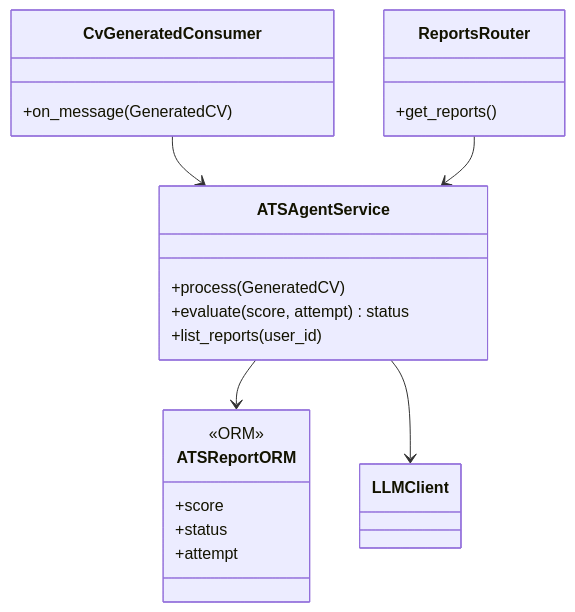
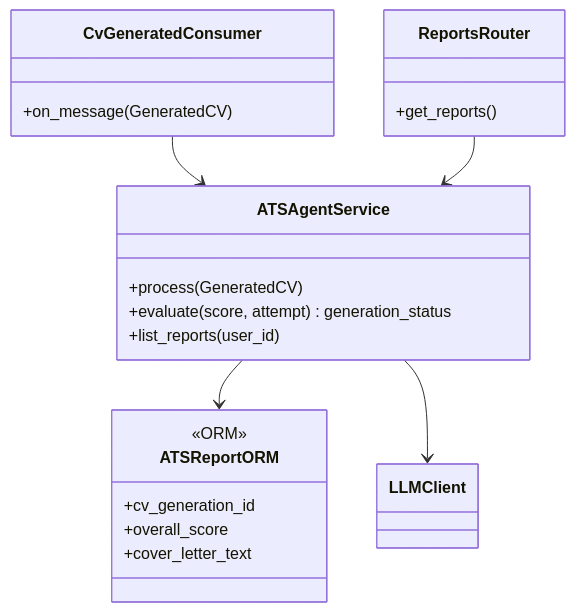
The seventh of 9 diagrams in docs/CLASS_DIAGRAM.md (Tooltu-deve/Autonomous-Career-Agent), drawn with Mermaid before and after one commit. The commit also changed other lines of this file and 3 other files, not shown here.

First line of the commit message:
feat(db): reconcile schema with CV editor/PDF spec

````diff
--- a/docs/CLASS_DIAGRAM.md
+++ b/docs/CLASS_DIAGRAM.md
@@ -200,24 +208,24 @@
 ```mermaid
 classDiagram
     class CvGeneratedConsumer {
         +on_message(GeneratedCV)
     }
     class ReportsRouter {
         +get_reports()
     }
     class ATSAgentService {
         +process(GeneratedCV)
-        +evaluate(score, attempt) status
+        +evaluate(score, attempt) generation_status
         +list_reports(user_id)
     }
     class ATSReportORM {
         <<ORM>>
-        +score
-        +status
-        +attempt
+        +cv_generation_id
+        +overall_score
+        +cover_letter_text
     }
     CvGeneratedConsumer --> ATSAgentService
     ReportsRouter --> ATSAgentService
     ATSAgentService --> ATSReportORM
     ATSAgentService --> LLMClient
 ```
````
